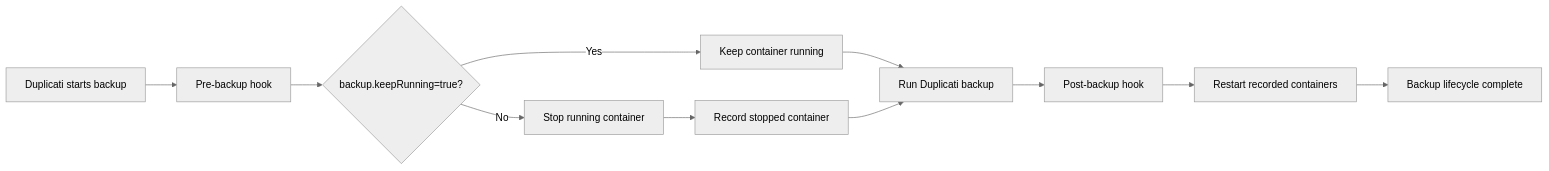
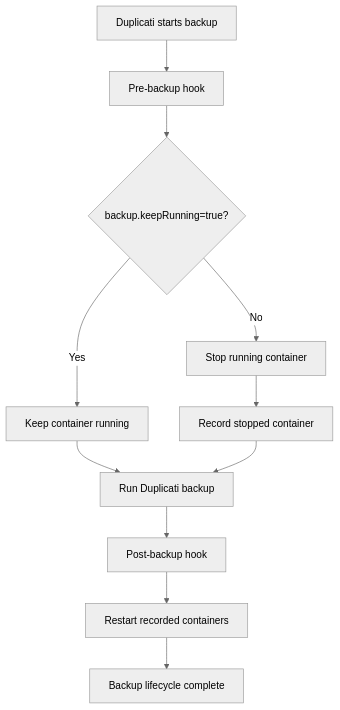
The diagram in README.md (knecht-d/duplicati-with-docker), drawn with Mermaid (neutral theme) before and after one commit. The commit also changed other lines of this file and 4 other files, not shown here.

````diff
--- a/README.md
+++ b/README.md
@@ -20,13 +29,13 @@
 ```mermaid
-flowchart LR
+flowchart TD
     A[Duplicati starts backup] --> B[Pre-backup hook]
     B --> C{backup.keepRunning=true?}
     C -->|Yes| D[Keep container running]
     C -->|No| E[Stop running container]
     E --> F[Record stopped container]
     D --> G[Run Duplicati backup]
     F --> G
     G --> H[Post-backup hook]
     H --> I[Restart recorded containers]
     I --> J[Backup lifecycle complete]
 ```
````
